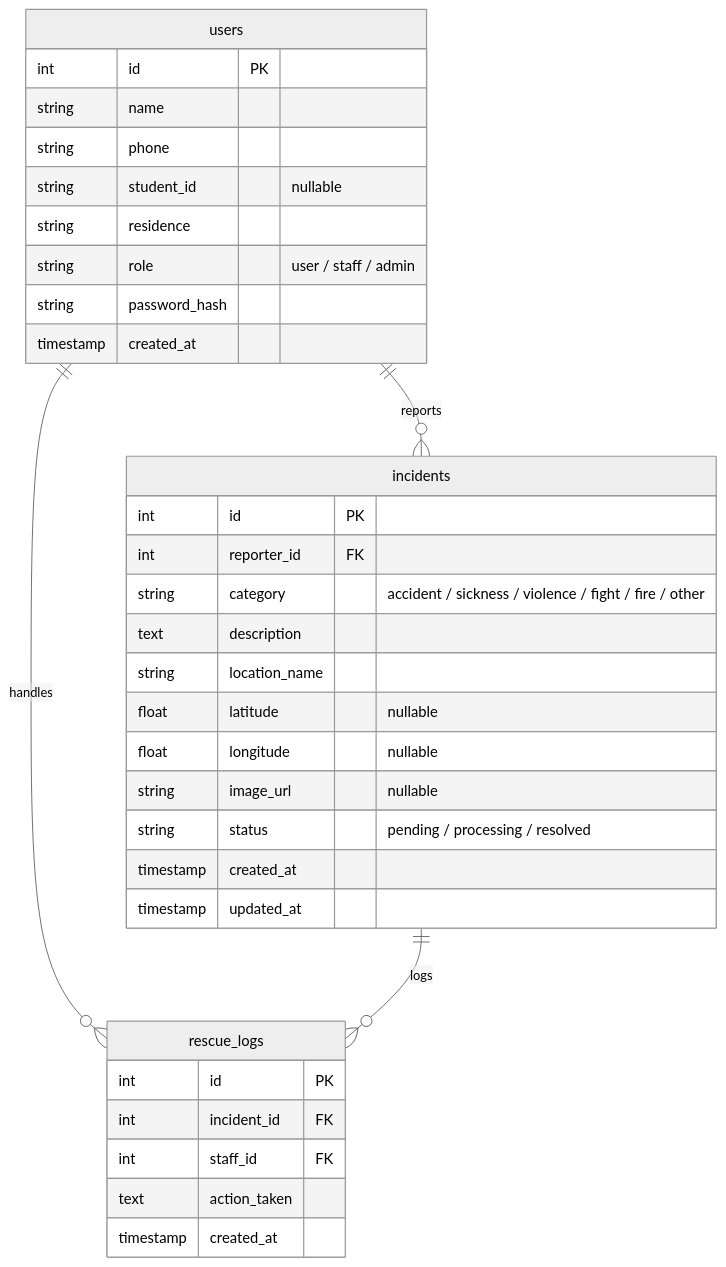
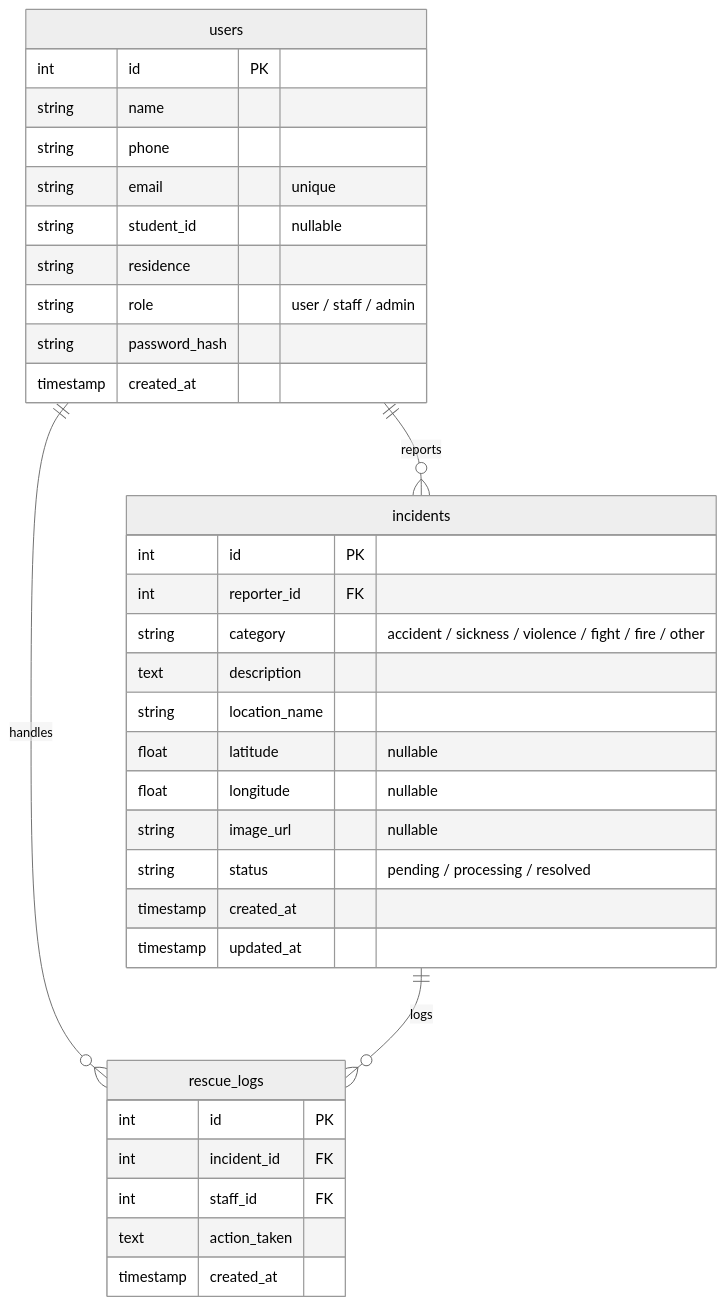
The diagram in design-docs/database-design.md (PATHAPHON/cis_help_me_please), drawn with Mermaid (neutral theme) before and after one commit. The commit also changed other lines of this file and 12 other files, not shown here.

````diff
--- a/design-docs/database-design.md
+++ b/design-docs/database-design.md
@@ -5,39 +5,40 @@
 ```mermaid
 erDiagram
     users ||--o{ incidents : reports
     users ||--o{ rescue_logs : handles
     incidents ||--o{ rescue_logs : logs
     
     users {
         int id PK
         string name
         string phone
+        string email "unique"
         string student_id "nullable"
         string residence
         string role "user / staff / admin"
         string password_hash
         timestamp created_at
     }
     
     incidents {
         int id PK
         int reporter_id FK
         string category "accident / sickness / violence / fight / fire / other"
         text description
         string location_name
         float latitude "nullable"
         float longitude "nullable"
         string image_url "nullable"
         string status "pending / processing / resolved"
         timestamp created_at
         timestamp updated_at
     }
     
     rescue_logs {
         int id PK
         int incident_id FK
         int staff_id FK
         text action_taken
         timestamp created_at
     }
 ```
````
